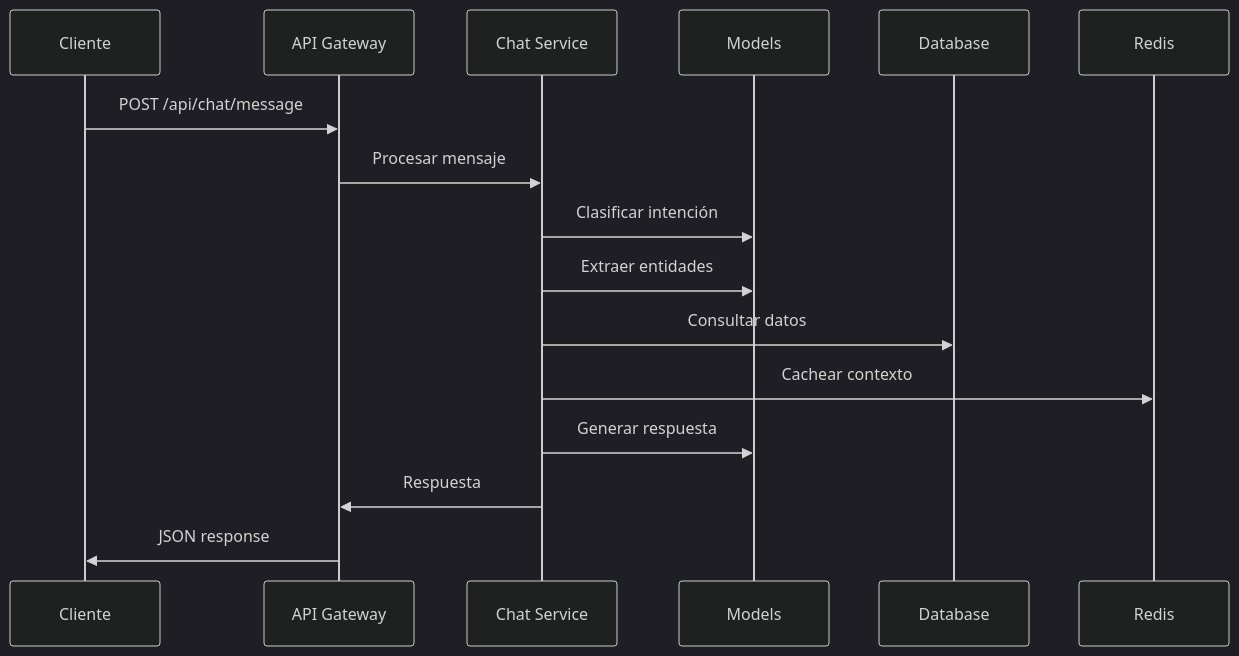
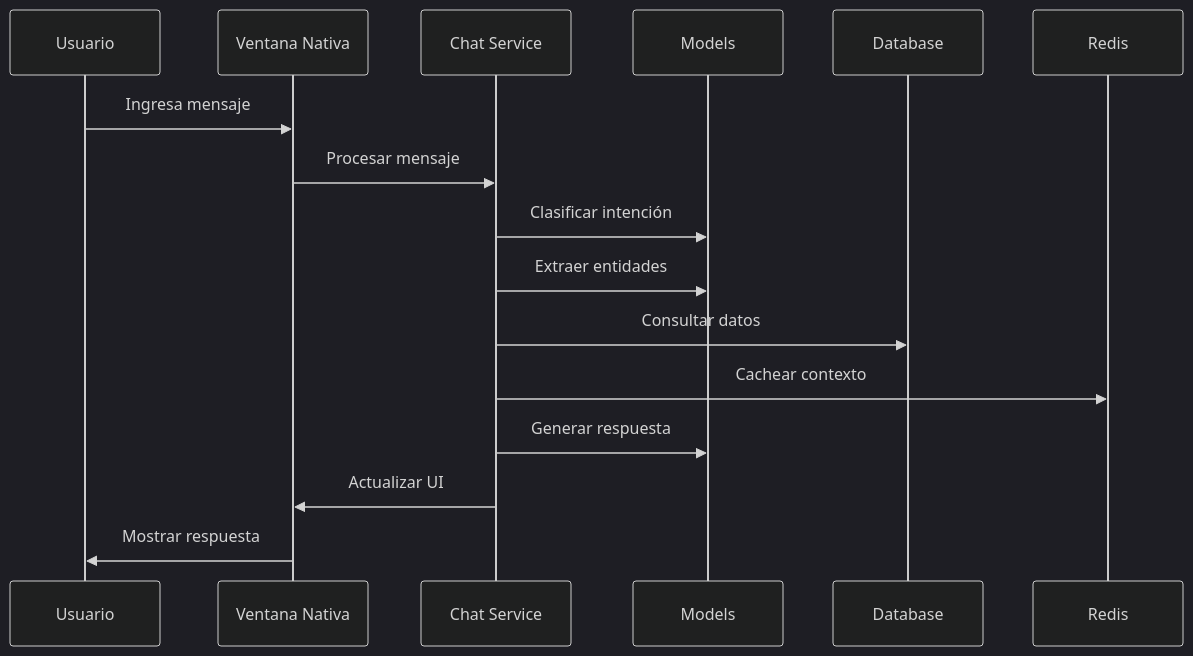
One commit to arlexpin/ChatNomina changed the second of 2 diagrams in docs/technical/development.md. Above: the diagram before and after it, drawn with Mermaid (dark theme). The commit also changed other lines of this file and 1 other file, not shown here.

````diff
--- a/docs/technical/development.md
+++ b/docs/technical/development.md
@@ -179,19 +178,19 @@
 ```mermaid
 sequenceDiagram
-    participant C as Cliente
-    participant A as API Gateway
+    participant U as Usuario
+    participant W as Ventana Nativa
     participant S as Chat Service
     participant M as Models
     participant D as Database
     participant R as Redis
 
-    C->>A: POST /api/chat/message
-    A->>S: Procesar mensaje
+    U->>W: Ingresa mensaje
+    W->>S: Procesar mensaje
     S->>M: Clasificar intención
     S->>M: Extraer entidades
     S->>D: Consultar datos
     S->>R: Cachear contexto
     S->>M: Generar respuesta
-    S->>A: Respuesta
-    A->>C: JSON response
+    S->>W: Actualizar UI
+    W->>U: Mostrar respuesta
 ```
````
